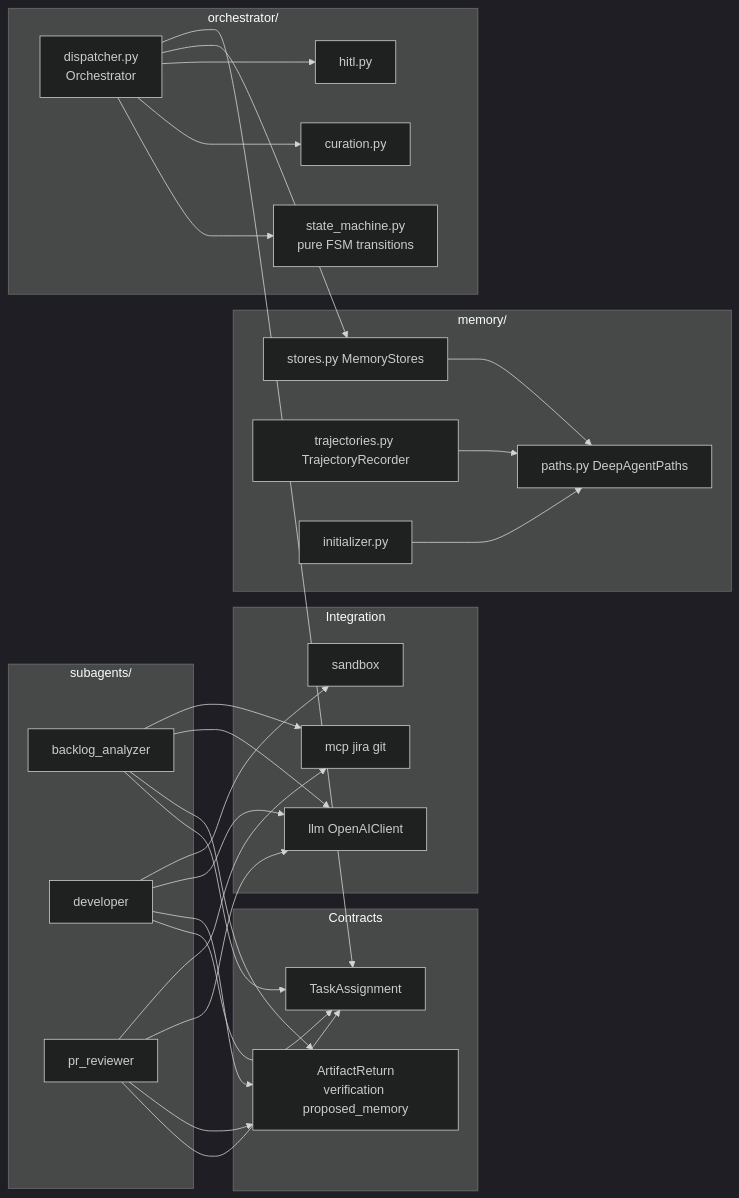
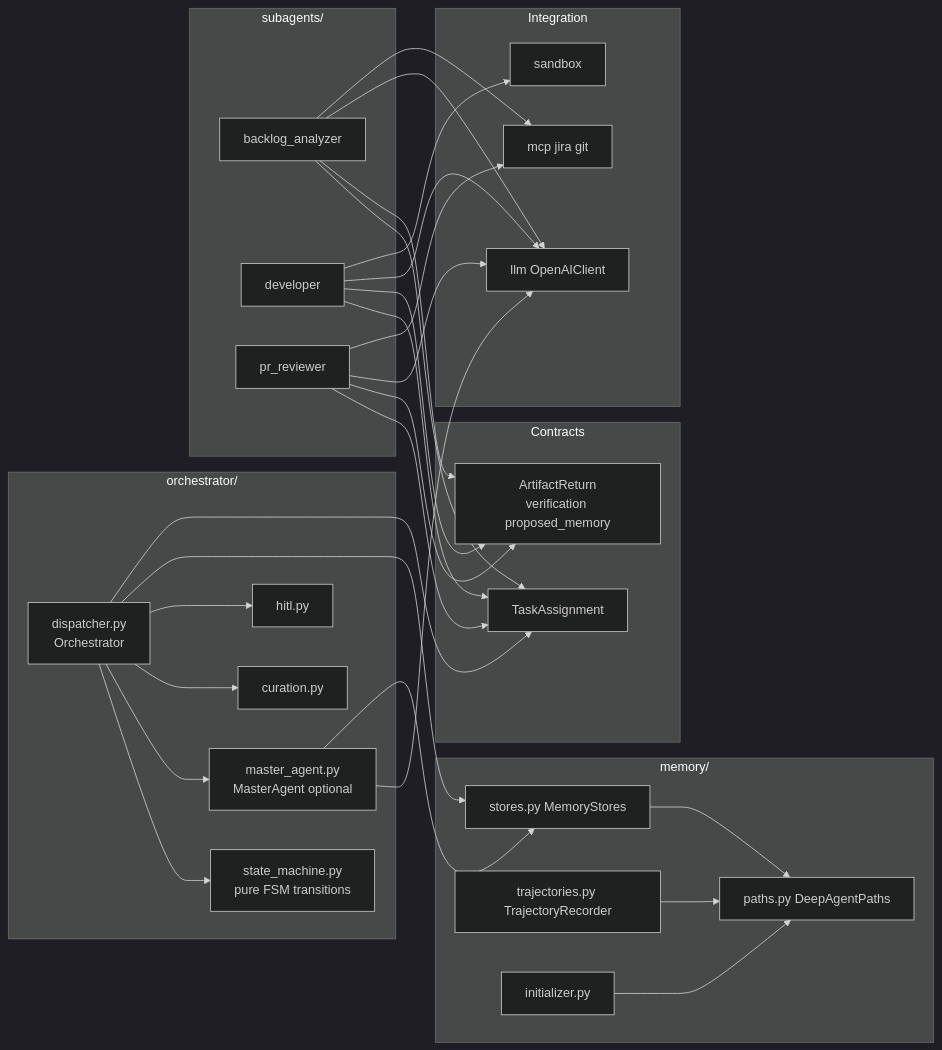
The second of 6 diagrams in system-design.md (madeehrehman/software_engineering_agent), drawn with Mermaid (dark theme) before and after one commit. The commit also changed other lines of this file and 12 other files, not shown here.

First line of the commit message:
feat(orchestrator): introduce MasterAgent for enhanced planning and gate evaluation

````diff
--- a/system-design.md
+++ b/system-design.md
@@ -87,56 +91,60 @@
 ```mermaid
 flowchart LR
   subgraph Contracts
     TA["TaskAssignment"]
     AR["ArtifactReturn<br/>verification proposed_memory"]
   end
 
   subgraph Orchestrator_pkg["orchestrator/"]
     SM["state_machine.py<br/>pure FSM transitions"]
     DP["dispatcher.py<br/>Orchestrator"]
+    MG["master_agent.py<br/>MasterAgent optional"]
     CU["curation.py"]
     HI["hitl.py"]
   end
 
   subgraph Memory_pkg["memory/"]
     PTH["paths.py DeepAgentPaths"]
     STO["stores.py MemoryStores"]
     TRK["trajectories.py TrajectoryRecorder"]
     INI["initializer.py"]
   end
 
   subgraph Integration
     LLM["llm OpenAIClient"]
     MCP["mcp jira git"]
     SBX["sandbox"]
   end
 
   subgraph Workers["subagents/"]
     BA2[backlog_analyzer]
     DV2[developer]
     PR2[pr_reviewer]
   end
 
   DP --> SM
+  DP --> MG
   DP --> CU
   DP --> HI
   DP --> STO
+  MG --> LLM
+  MG --> STO
   DP --> TA
   BA2 --> TA
   DV2 --> TA
   PR2 --> TA
   BA2 --> AR
   DV2 --> AR
   PR2 --> AR
 
   STO --> PTH
   TRK --> PTH
   INI --> PTH
 
   BA2 --> LLM
   DV2 --> LLM
   PR2 --> LLM
   BA2 --> MCP
   PR2 --> MCP
   DV2 --> SBX
 ```
````
